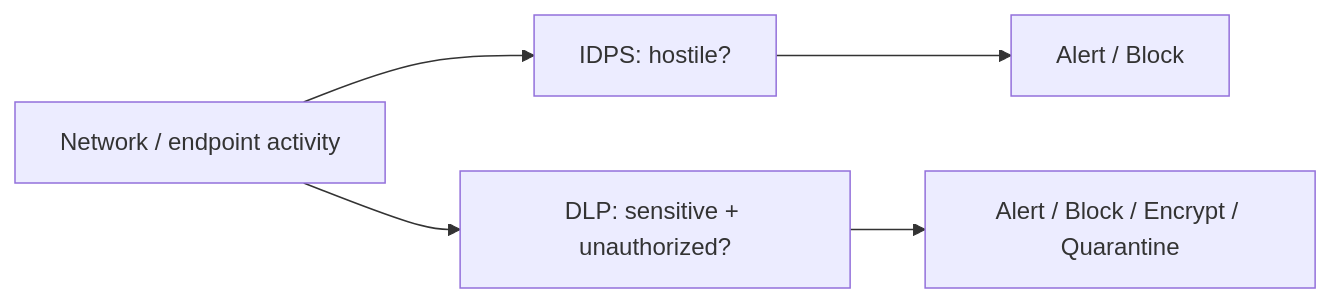
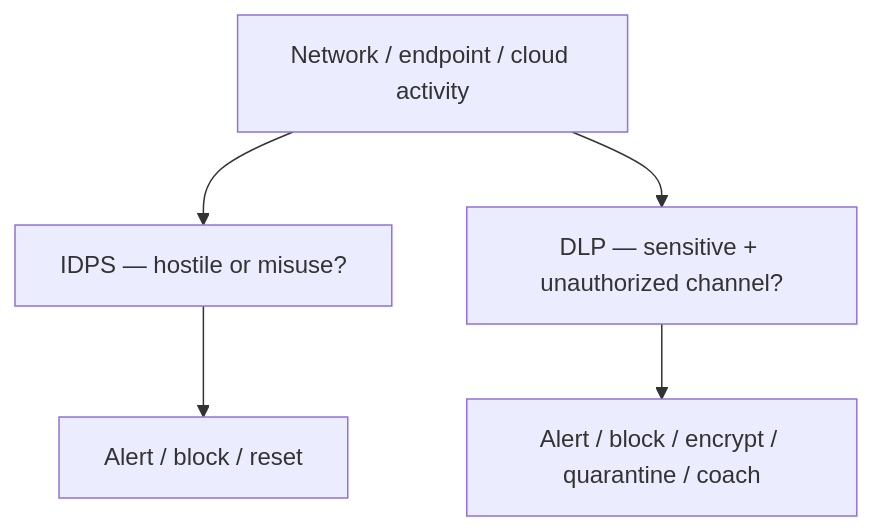
Before and after one commit to omnayak27199/pktana: the first of 12 diagrams in learning/13-dlp-idps.md, drawn with Mermaid. The commit also changed other lines of this file and 14 other files, not shown here.

````diff
--- a/learning/13-dlp-idps.md
+++ b/learning/13-dlp-idps.md
@@ -14,7 +16,8 @@
 ```mermaid
-flowchart LR
-  Traffic[Network / endpoint activity] --> IDPS[IDPS: hostile?]
-  Traffic --> DLP[DLP: sensitive + unauthorized?]
-  IDPS --> A1[Alert / Block]
-  DLP --> A2[Alert / Block / Encrypt / Quarantine]
+flowchart TB
+  Activity[Network / endpoint / cloud activity]
+  Activity --> IDPS[IDPS — hostile or misuse?]
+  Activity --> DLP[DLP — sensitive + unauthorized channel?]
+  IDPS --> A1[Alert / block / reset]
+  DLP --> A2[Alert / block / encrypt / quarantine / coach]
 ```
````
